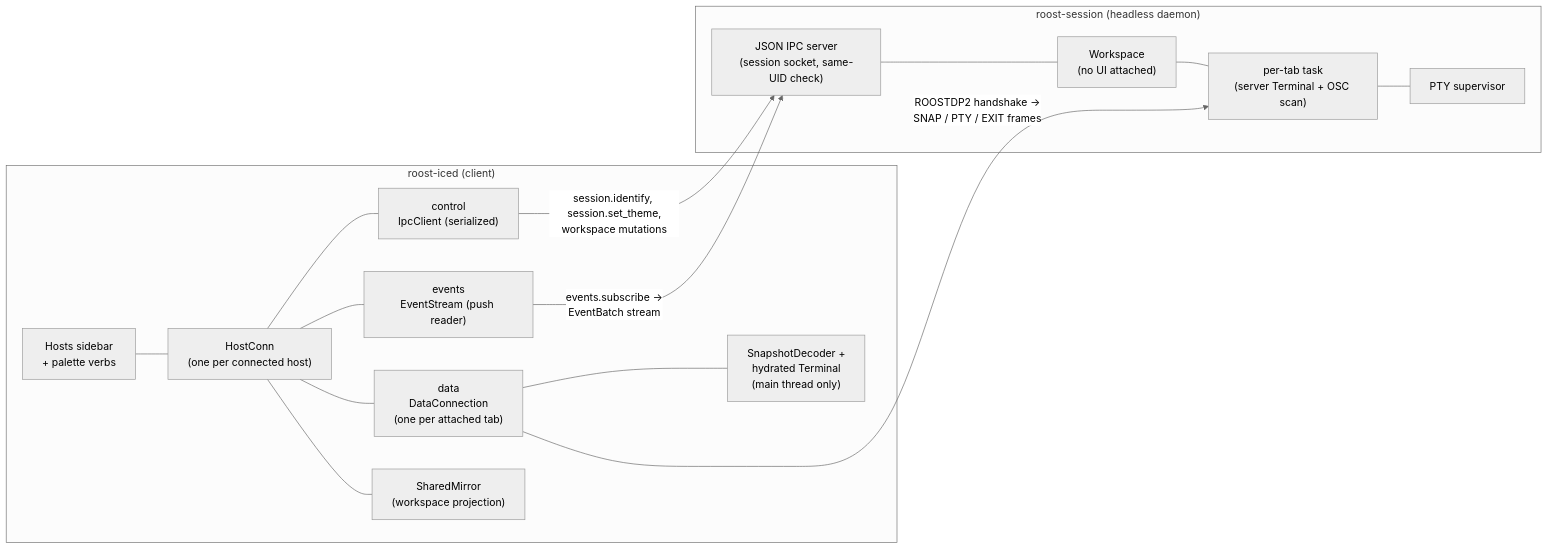
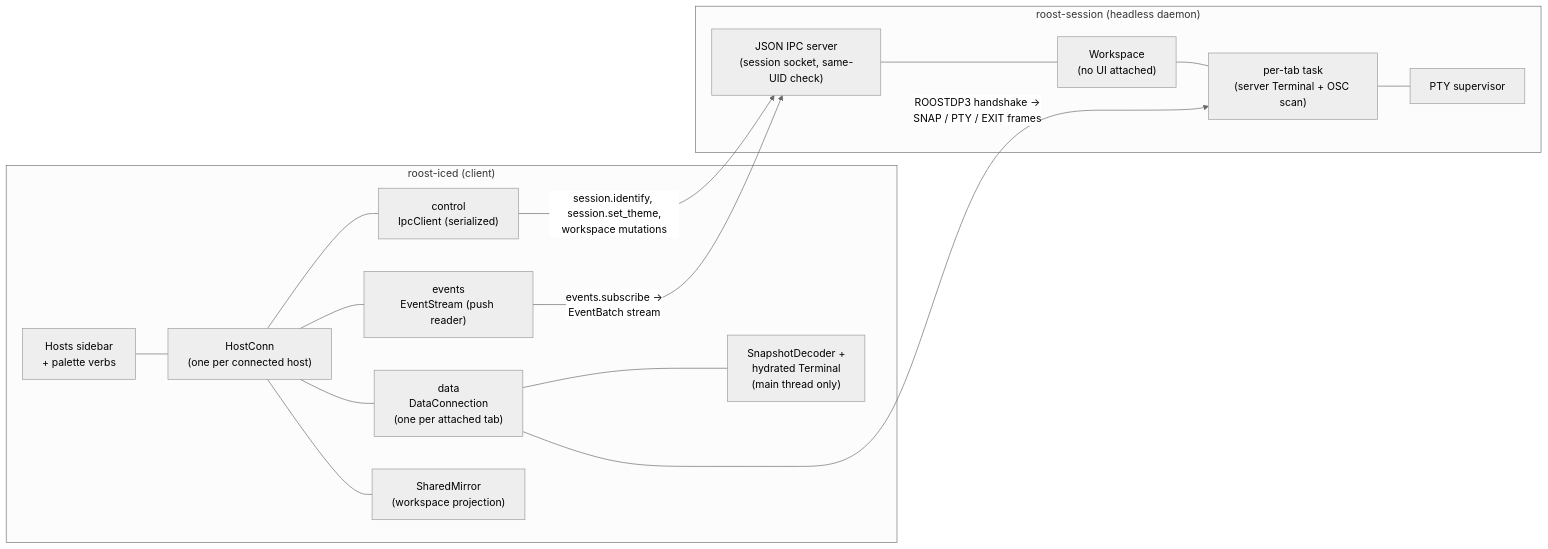
Before and after one commit to charliek/roost: the first of 4 diagrams in docs/development/host-sessions.md, drawn with Mermaid (neutral theme). The commit also changed other lines of this file and 5 other files, not shown here.

````diff
--- a/docs/development/host-sessions.md
+++ b/docs/development/host-sessions.md
@@ -9,34 +9,34 @@
 ```mermaid
 flowchart LR
   subgraph IcedApp["roost-iced (client)"]
     Sidebar["Hosts sidebar<br/>+ palette verbs"]
     HostConn["HostConn<br/>(one per connected host)"]
     Control["control<br/>IpcClient (serialized)"]
     EventsConn["events<br/>EventStream (push reader)"]
     Data["data<br/>DataConnection<br/>(one per attached tab)"]
     Mirror["SharedMirror<br/>(workspace projection)"]
     Decoder["SnapshotDecoder +<br/>hydrated Terminal<br/>(main thread only)"]
 
     Sidebar --- HostConn
     HostConn --- Control
     HostConn --- EventsConn
     HostConn --- Data
     HostConn --- Mirror
     Data --- Decoder
   end
 
   subgraph Session["roost-session (headless daemon)"]
     SessionIPC["JSON IPC server<br/>(session socket, same-UID check)"]
     Workspace["Workspace<br/>(no UI attached)"]
     TabTask["per-tab task<br/>(server Terminal + OSC scan)"]
     PTY["PTY supervisor"]
 
     SessionIPC --- Workspace
     Workspace --- TabTask
     TabTask --- PTY
   end
 
   Control -- "session.identify, session.set_theme,<br/>workspace mutations" --> SessionIPC
   EventsConn -- "events.subscribe →<br/>EventBatch stream" --> SessionIPC
-  Data -- "ROOSTDP2 handshake →<br/>SNAP / PTY / EXIT frames" --> TabTask
+  Data -- "ROOSTDP3 handshake →<br/>SNAP / PTY / EXIT frames" --> TabTask
 ```
````
